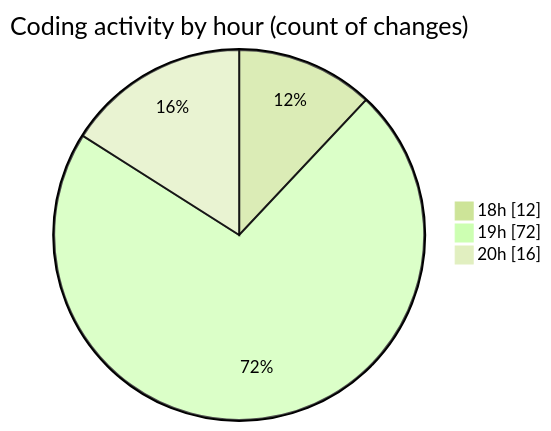
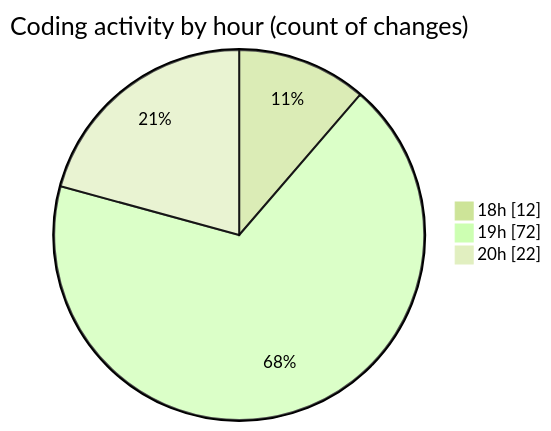
One commit to MatusMokan/code-tracking changed the second of 2 diagrams in 2025-03-14/myws__workspace_/README.md. Above: the diagram before and after it, drawn with Mermaid (forest theme). The commit also changed other lines of this file and 1 other file, not shown here.

````diff
--- a/2025-03-14/myws__workspace_/README.md
+++ b/2025-03-14/myws__workspace_/README.md
@@ -30,7 +30,7 @@
 ```mermaid
 pie showData
 title Coding activity by hour (count of changes)
 "18h" : 12
 "19h" : 72
-"20h" : 16
+"20h" : 22
 ```
````
